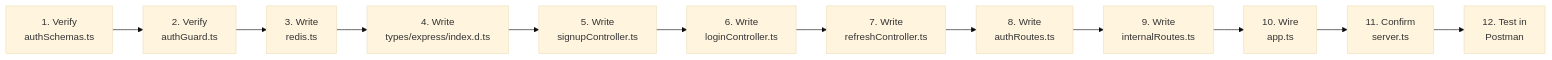
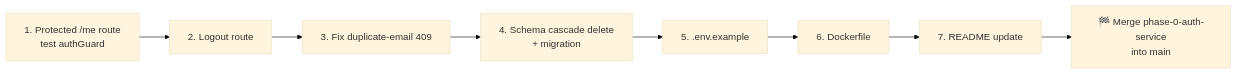
One commit to ritam-g/GOOGLE_MEET changed the second of 2 diagrams in services/auth-service/md/update/Auth_service_progress.MD. Above: the diagram before and after it, drawn with Mermaid (base theme). The commit also changed other lines of this file, not shown here.

Commit message:
docs(auth-service): update progress tracker with current project structure and completed items

````diff
--- a/services/auth-service/md/update/Auth_service_progress.MD
+++ b/services/auth-service/md/update/Auth_service_progress.MD
@@ -246,14 +167,10 @@
 ```mermaid
 flowchart LR
-    A[1. Verify<br/>authSchemas.ts] --> B[2. Verify<br/>authGuard.ts]
-    B --> C[3. Write<br/>redis.ts]
-    C --> D[4. Write<br/>types/express/index.d.ts]
-    D --> E[5. Write<br/>signupController.ts]
-    E --> F[6. Write<br/>loginController.ts]
-    F --> G[7. Write<br/>refreshController.ts]
-    G --> H[8. Write<br/>authRoutes.ts]
-    H --> I[9. Write<br/>internalRoutes.ts]
-    I --> J[10. Wire<br/>app.ts]
-    J --> K[11. Confirm<br/>server.ts]
-    K --> L[12. Test in<br/>Postman]
+    A[1. Protected /me route<br/>test authGuard] --> B[2. Logout route]
+    B --> C[3. Fix duplicate-email 409]
+    C --> D[4. Schema cascade delete<br/>+ migration]
+    D --> E[5. .env.example]
+    E --> F[6. Dockerfile]
+    F --> G[7. README update]
+    G --> H[🏁 Merge phase-0-auth-service<br/>into main]
 ```
````
